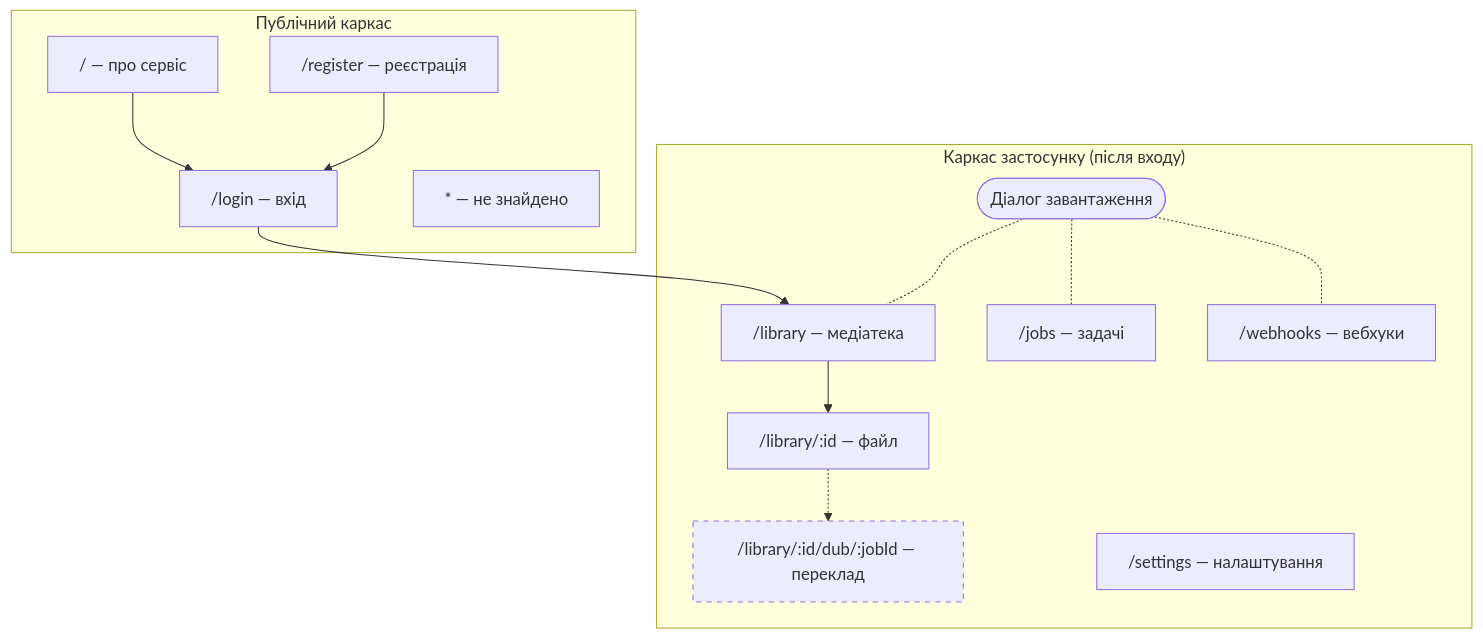
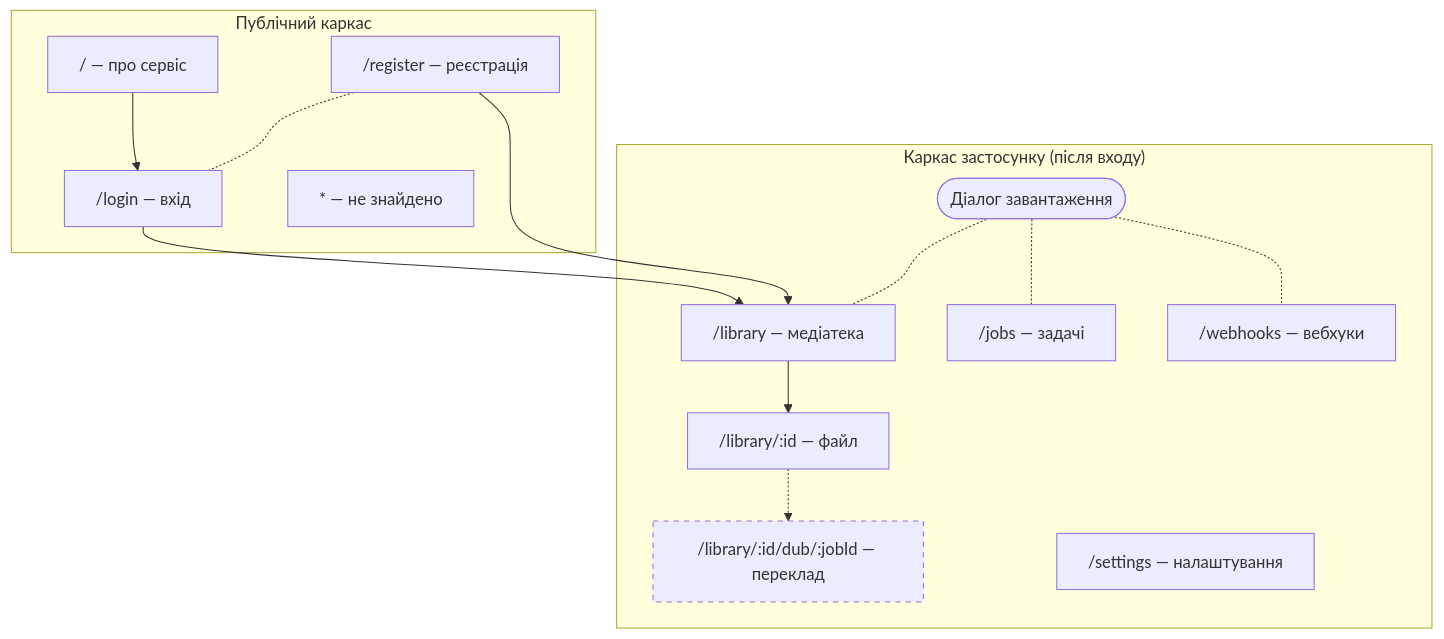
One commit to VitaliiProts/pdp-media-pipeline changed the first of 4 diagrams in docs/design/information-architecture.md. Above: the diagram before and after it, drawn with Mermaid. The commit also changed other lines of this file and 5 other files, not shown here.

````diff
--- a/docs/design/information-architecture.md
+++ b/docs/design/information-architecture.md
@@ -9,24 +9,25 @@
 ```mermaid
 flowchart TB
   subgraph public["Публічний каркас"]
     landing["/ — про сервіс"]
     login["/login — вхід"]
     register["/register — реєстрація"]
     notfound["* — не знайдено"]
   end
   subgraph app["Каркас застосунку (після входу)"]
     library["/library — медіатека"]
     asset["/library/:id — файл"]
     dub["/library/:id/dub/:jobId — переклад"]
     jobs["/jobs — задачі"]
     webhooks["/webhooks — вебхуки"]
     settings["/settings — налаштування"]
     upload(["Діалог завантаження"])
   end
   landing --> login --> library
-  register --> login
+  register --> library
+  register -.- login
   library --> asset
   asset -.-> dub
   upload -.- library & jobs & webhooks
   style dub stroke-dasharray: 5 5
 ```
````
